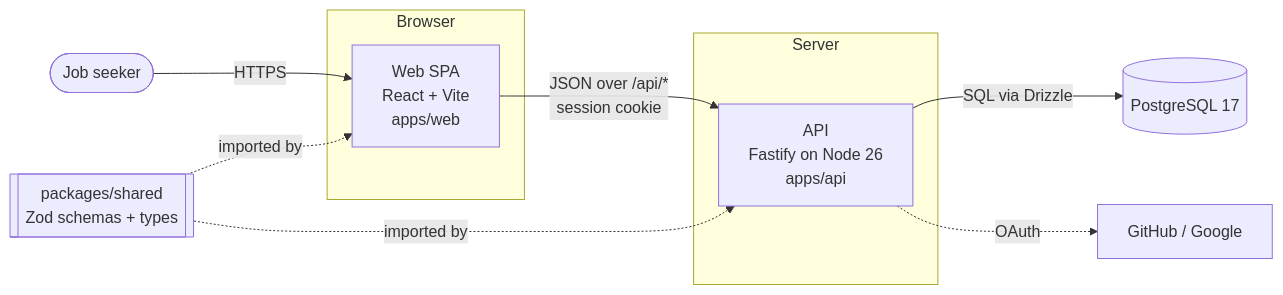
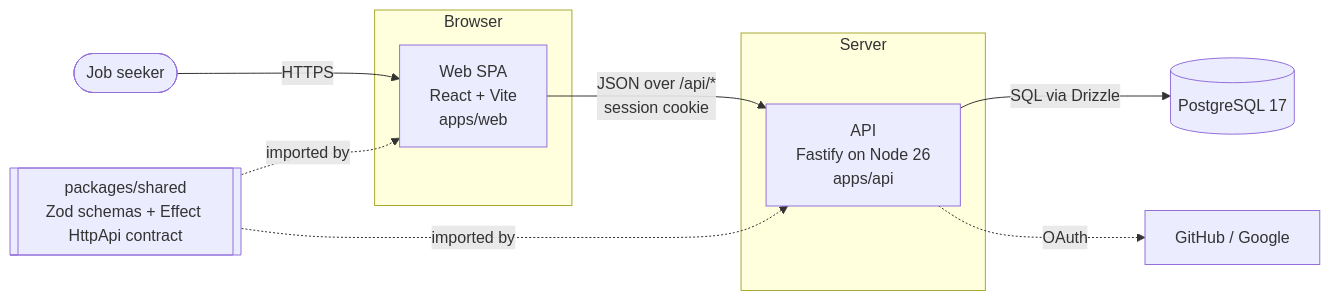
Before and after one commit to brianpatterson/interview-app: the first of 6 diagrams in docs/architecture.md, drawn with Mermaid. The commit also changed other lines of this file and 13 other files, not shown here.

First line of the commit message:
feat(shared): API contract as an Effect HttpApi (step 3), plus an http(s)-only jobUrl fix (#37)

````diff
--- a/docs/architecture.md
+++ b/docs/architecture.md
@@ -34,20 +34,20 @@
 ```mermaid
 flowchart LR
   user([Job seeker]) -->|HTTPS| web
 
   subgraph Browser
     web[Web SPA<br/>React + Vite<br/>apps/web]
   end
 
   subgraph Server
     api[API<br/>Fastify on Node 26<br/>apps/api]
   end
 
   db[(PostgreSQL 17)]
 
   web -->|JSON over /api/*<br/>session cookie| api
   api -->|SQL via Drizzle| db
   api -.OAuth.-> idp[GitHub / Google]
-  shared[[packages/shared<br/>Zod schemas + types]] -.imported by.-> web
+  shared[[packages/shared<br/>Zod schemas + Effect HttpApi contract]] -.imported by.-> web
   shared -.imported by.-> api
 ```
````
